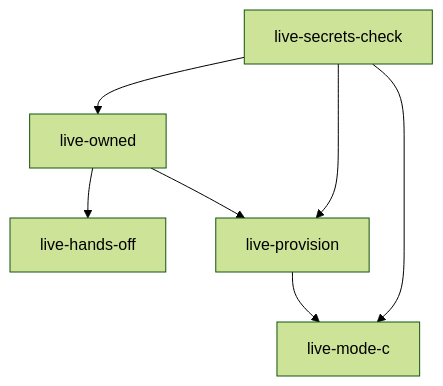
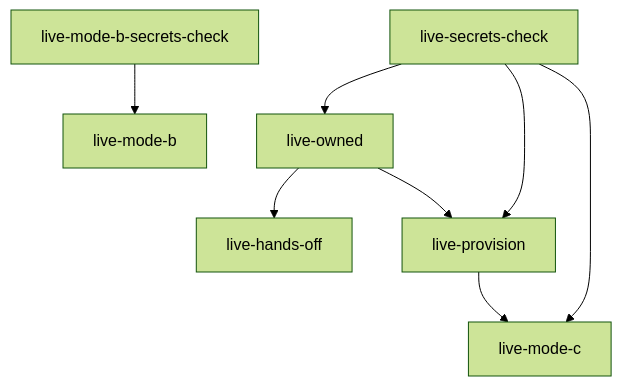
The diagram in docs/service-secrets.md (forestrie/mandate), drawn with Mermaid (forest theme) before and after one commit. The commit also changed other lines of this file and 8 other files, not shown here.

First line of the commit message:
test(agent): Mode B live sealing e2e + CI (FOR-210)

````diff
--- a/docs/service-secrets.md
+++ b/docs/service-secrets.md
@@ -300,14 +300,17 @@
 ```mermaid
 flowchart TD
   preflight[live-secrets-check]
+  modeBPreflight[live-mode-b-secrets-check]
   owned[live-owned]
   handsOff[live-hands-off]
   provision[live-provision]
   modeC[live-mode-c]
+  modeB[live-mode-b]
   preflight --> owned
   preflight --> provision
   owned --> handsOff
   owned --> provision
   preflight --> modeC
+  modeBPreflight --> modeB
   provision --> modeC
 ```
````
